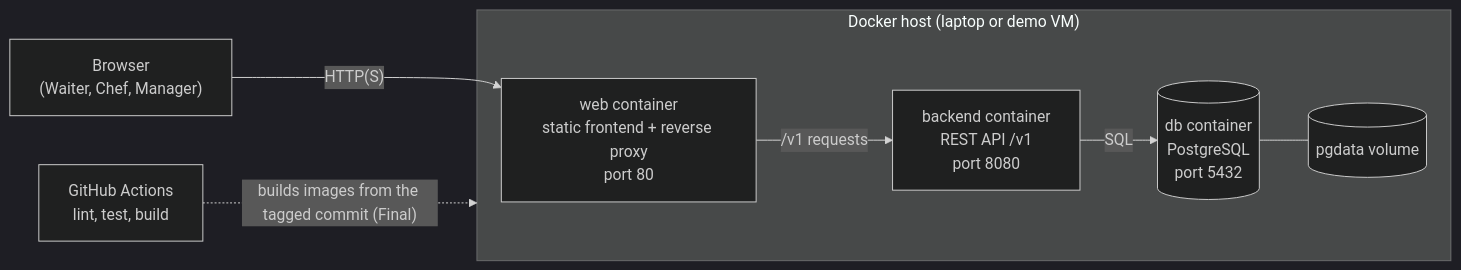
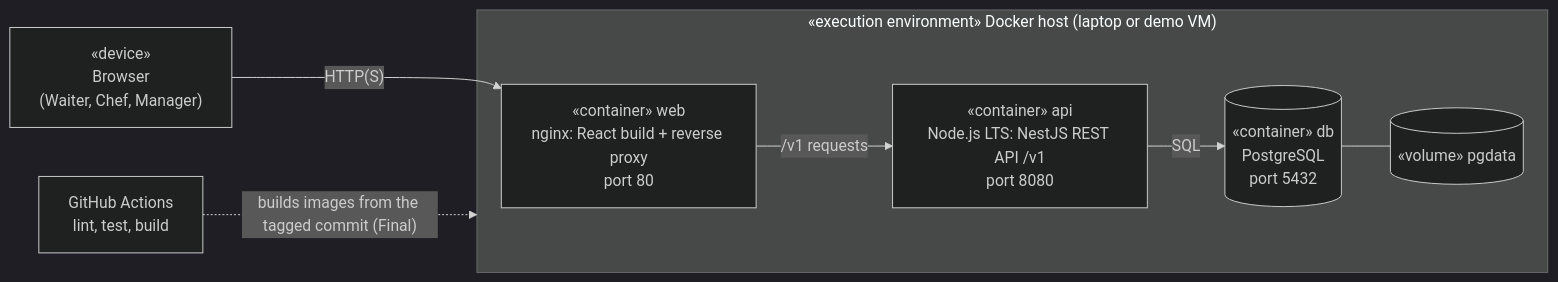
One commit to seng321-7th-team/PantryChef changed the diagram in docs/architecture/infrastructure-requirements.md. Above: the diagram before and after it, drawn with Mermaid (dark theme). The commit also changed other lines of this file and 1 other file, not shown here.

````diff
--- a/docs/architecture/infrastructure-requirements.md
+++ b/docs/architecture/infrastructure-requirements.md
@@ -36,17 +38,17 @@
 ```mermaid
 flowchart LR
-    user["Browser<br/>(Waiter, Chef, Manager)"]
-    subgraph host["Docker host (laptop or demo VM)"]
-        web["web container<br/>static frontend + reverse proxy<br/>port 80"]
-        api["backend container<br/>REST API /v1<br/>port 8080"]
-        db[("db container<br/>PostgreSQL<br/>port 5432")]
-        vol[("pgdata volume")]
+    user["«device»<br/>Browser<br/>(Waiter, Chef, Manager)"]
+    subgraph host["«execution environment» Docker host (laptop or demo VM)"]
+        web["«container» web<br/>nginx: React build + reverse proxy<br/>port 80"]
+        api["«container» api<br/>Node.js LTS: NestJS REST API /v1<br/>port 8080"]
+        db[("«container» db<br/>PostgreSQL<br/>port 5432")]
+        vol[("«volume» pgdata")]
     end
     gha["GitHub Actions<br/>lint, test, build"]
 
     user -->|"HTTP(S)"| web
     web -->|"/v1 requests"| api
     api -->|"SQL"| db
     db --- vol
     gha -.->|"builds images from the tagged commit (Final)"| host
 ```
````
